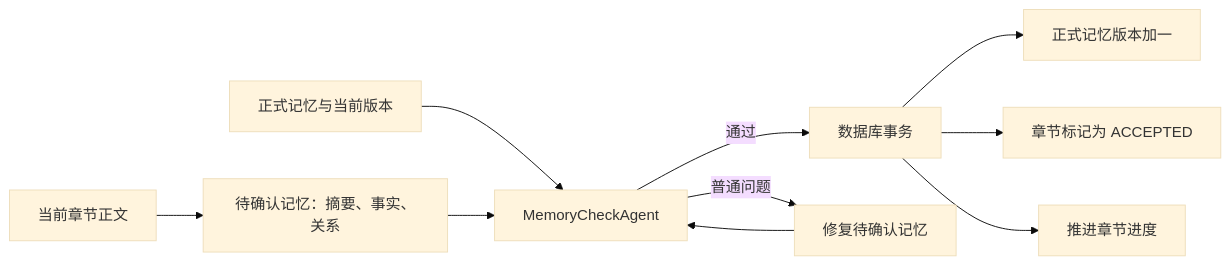
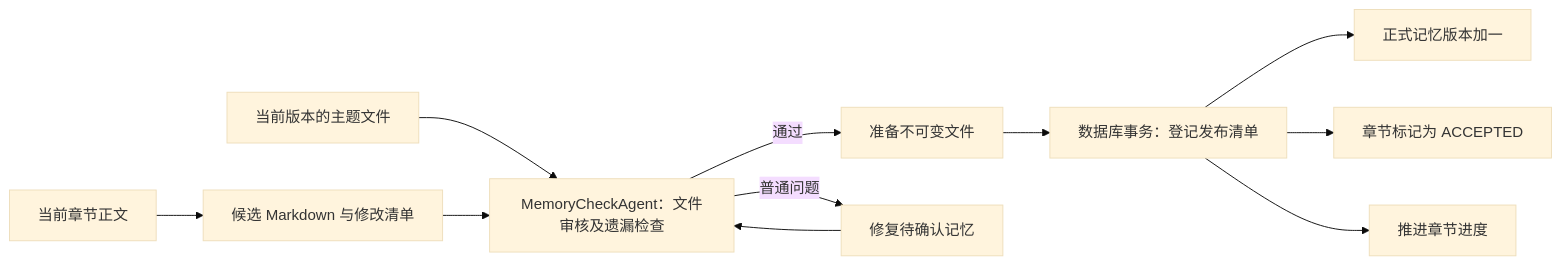
One commit to ccii1/novel-agent changed the second of 4 diagrams in docs/multi-agent-workflow.md. Above: the diagram before and after it, drawn with Mermaid (base theme). The commit also changed other lines of this file and 57 other files, not shown here.

Commit message:
feat: persist novel memory as versioned Markdown

````diff
--- a/docs/multi-agent-workflow.md
+++ b/docs/multi-agent-workflow.md
@@ -79,12 +79,13 @@
 ```mermaid
 flowchart LR
-    Body["当前章节正文"] --> Delta["待确认记忆：摘要、事实、关系"]
-    Existing["正式记忆与当前版本"] --> Check["MemoryCheckAgent"]
+    Body["当前章节正文"] --> Delta["候选 Markdown 与修改清单"]
+    Existing["当前版本的主题文件"] --> Check["MemoryCheckAgent：文件审核及遗漏检查"]
     Delta --> Check
-    Check -->|通过| Transaction["数据库事务"]
+    Check -->|通过| Prepare["准备不可变文件"]
+    Prepare --> Transaction["数据库事务：登记发布清单"]
     Transaction --> Facts["正式记忆版本加一"]
     Transaction --> Chapter["章节标记为 ACCEPTED"]
     Transaction --> Progress["推进章节进度"]
     Check -->|普通问题| Repair["修复待确认记忆"]
     Repair --> Check
 ```
````
